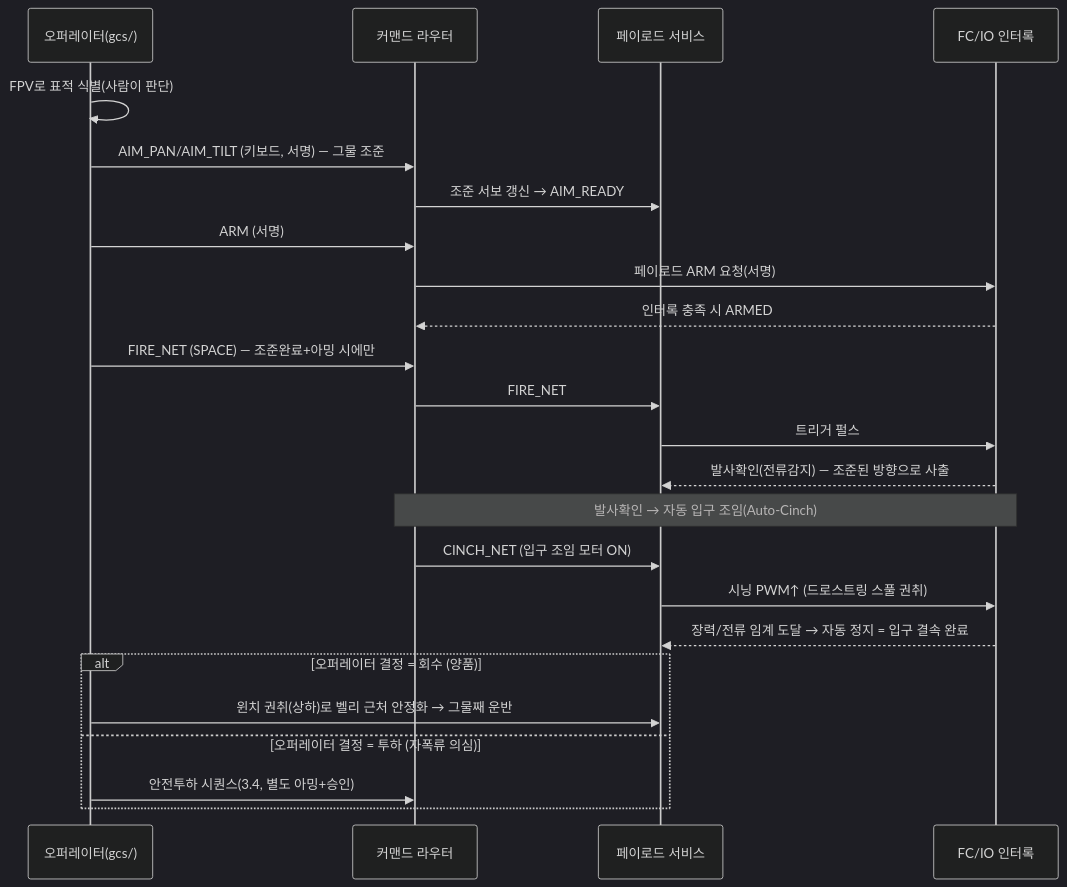
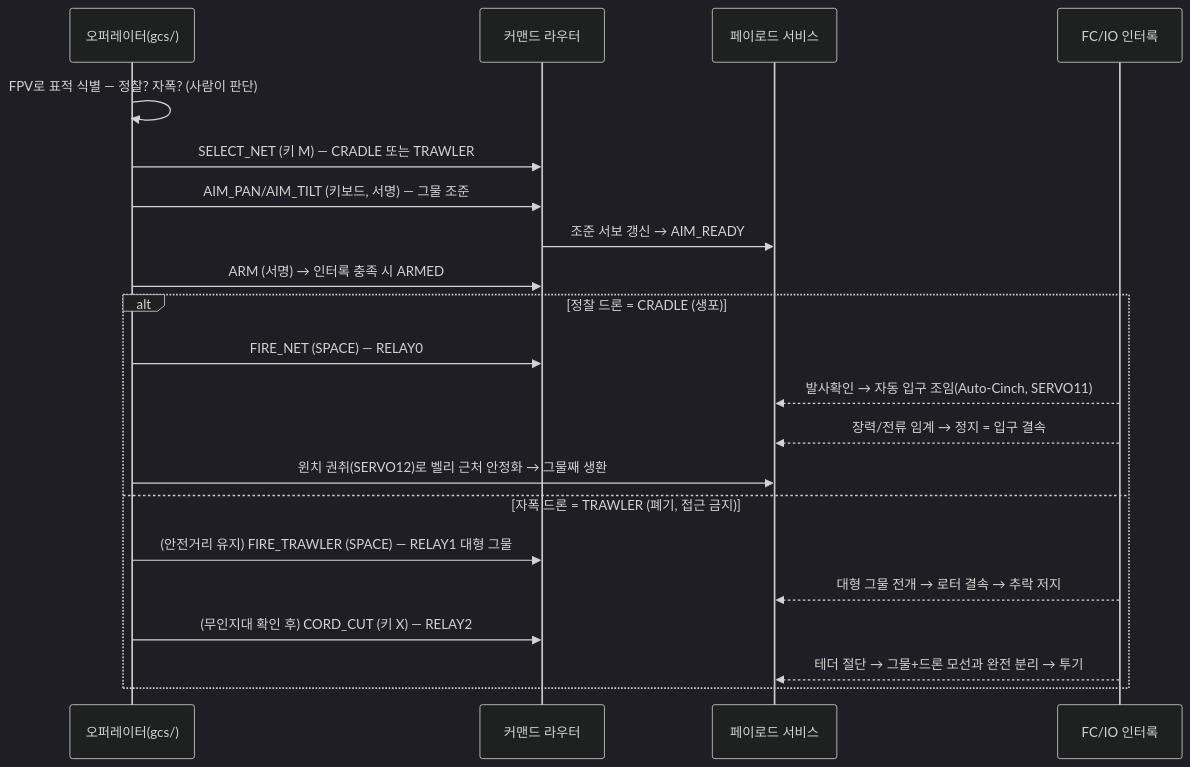
The third of 4 diagrams in docs/07_소프트웨어_기획.md (gkjuwon-tech/TaloNet), drawn with Mermaid (dark theme) before and after one commit. The commit also changed other lines of this file and 7 other files, not shown here.

First line of the commit message:
feat(cad/docs/bom): dual-net doctrine — TRAWLER stand-off net + cord-cutter

````diff
--- a/docs/07_소프트웨어_기획.md
+++ b/docs/07_소프트웨어_기획.md
@@ -88,26 +93,23 @@
 ```mermaid
 sequenceDiagram
     participant OP as 오퍼레이터(gcs/)
     participant MM as 커맨드 라우터
     participant PS as 페이로드 서비스
     participant FC as FC/IO 인터록
-    OP->>OP: FPV로 표적 식별(사람이 판단)
+    OP->>OP: FPV로 표적 식별 — 정찰? 자폭? (사람이 판단)
+    OP->>MM: SELECT_NET (키 M) — CRADLE 또는 TRAWLER
     OP->>MM: AIM_PAN/AIM_TILT (키보드, 서명) — 그물 조준
     MM->>PS: 조준 서보 갱신 → AIM_READY
-    OP->>MM: ARM (서명)
-    MM->>FC: 페이로드 ARM 요청(서명)
-    FC-->>MM: 인터록 충족 시 ARMED
-    OP->>MM: FIRE_NET (SPACE) — 조준완료+아밍 시에만
-    MM->>PS: FIRE_NET
-    PS->>FC: 트리거 펄스
-    FC-->>PS: 발사확인(전류감지) — 조준된 방향으로 사출
-    Note over MM,FC: 발사확인 → 자동 입구 조임(Auto-Cinch)
-    MM->>PS: CINCH_NET (입구 조임 모터 ON)
-    PS->>FC: 시닝 PWM↑ (드로스트링 스풀 권취)
-    FC-->>PS: 장력/전류 임계 도달 → 자동 정지 = 입구 결속 완료
-    alt 오퍼레이터 결정 = 회수 (양품)
-        OP->>PS: 윈치 권취(상하)로 벨리 근처 안정화 → 그물째 운반
-    else 오퍼레이터 결정 = 투하 (자폭류 의심)
-        OP->>MM: 안전투하 시퀀스(3.4, 별도 아밍+승인)
+    OP->>MM: ARM (서명) → 인터록 충족 시 ARMED
+    alt 정찰 드론 = CRADLE (생포)
+        OP->>MM: FIRE_NET (SPACE) — RELAY0
+        FC-->>PS: 발사확인 → 자동 입구 조임(Auto-Cinch, SERVO11)
+        FC-->>PS: 장력/전류 임계 → 정지 = 입구 결속
+        OP->>PS: 윈치 권취(SERVO12)로 벨리 근처 안정화 → 그물째 생환
+    else 자폭 드론 = TRAWLER (폐기, 접근 금지)
+        OP->>MM: (안전거리 유지) FIRE_TRAWLER (SPACE) — RELAY1 대형 그물
+        FC-->>PS: 대형 그물 전개 → 로터 결속 → 추락 저지
+        OP->>MM: (무인지대 확인 후) CORD_CUT (키 X) — RELAY2
+        FC-->>PS: 테더 절단 → 그물+드론 모선과 완전 분리 → 투기
     end
 ```
````
